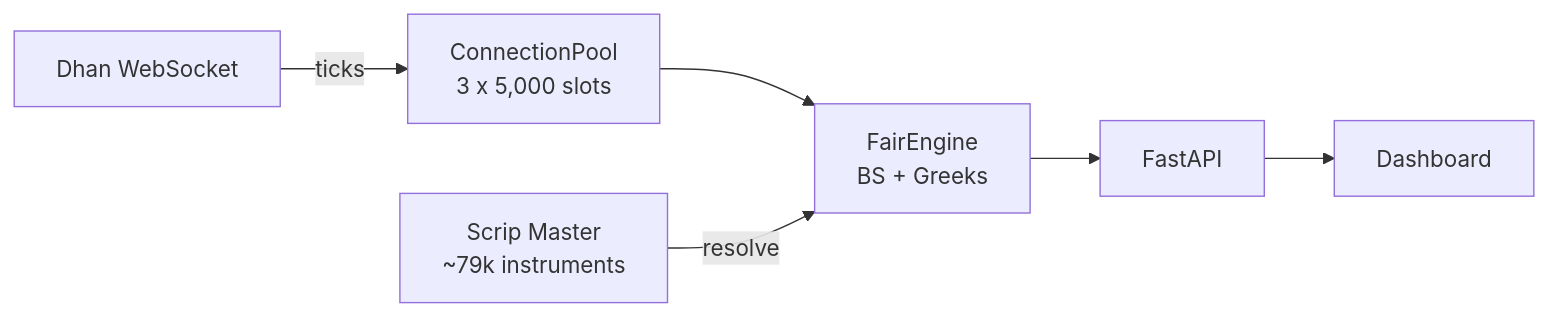
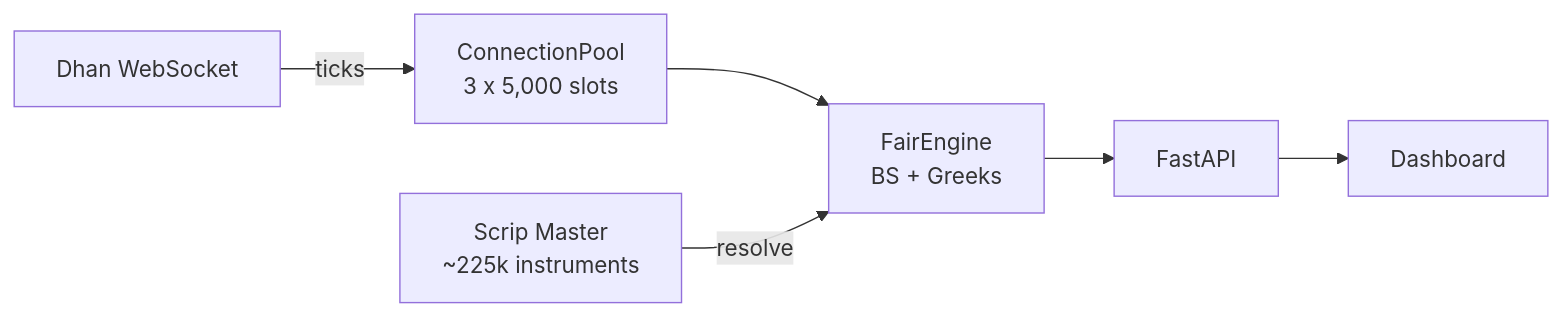
One commit to vakharwalad23/fair-value-engine changed the diagram in README.md. Above: the diagram before and after it, drawn with Mermaid. The commit also changed other lines of this file and 3 other files, not shown here.

````diff
--- a/README.md
+++ b/README.md
@@ -7,8 +7,8 @@
 ```mermaid
 graph LR
     Dhan["Dhan WebSocket"] -->|ticks| Pool["ConnectionPool<br/>3 x 5,000 slots"]
     Pool --> Engine["FairEngine<br/>BS + Greeks"]
     Engine --> API["FastAPI"]
     API --> Dashboard["Dashboard"]
-    Scrip["Scrip Master<br/>~79k instruments"] -->|resolve| Engine
+    Scrip["Scrip Master<br/>~225k instruments"] -->|resolve| Engine
 ```
````
